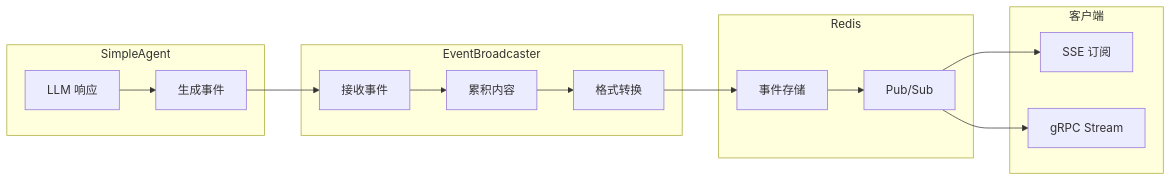
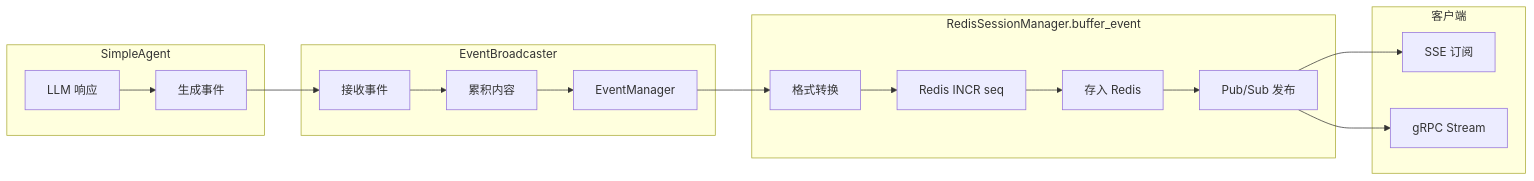
Before and after one commit to malue-ai/dazee-small: the fourth of 5 diagrams in docs/architecture/SYSTEM_ARCHITECTURE.md, drawn with Mermaid. The commit also changed other lines of this file and 30 other files, not shown here.

````diff
--- a/docs/architecture/SYSTEM_ARCHITECTURE.md
+++ b/docs/architecture/SYSTEM_ARCHITECTURE.md
@@ -487,25 +487,27 @@
 ```mermaid
 flowchart LR
     subgraph agent [SimpleAgent]
         A1[LLM 响应] --> A2[生成事件]
     end
 
     subgraph broadcaster [EventBroadcaster]
         B1[接收事件] --> B2[累积内容]
-        B2 --> B3[格式转换]
+        B2 --> B3[EventManager]
     end
 
-    subgraph redis [Redis]
-        R1[事件存储] --> R2[Pub/Sub]
+    subgraph storage [RedisSessionManager.buffer_event]
+        S1[格式转换] --> S2[Redis INCR seq]
+        S2 --> S3[存入 Redis]
+        S3 --> S4[Pub/Sub 发布]
     end
 
     subgraph client [客户端]
         C1[SSE 订阅]
         C2[gRPC Stream]
     end
 
     A2 --> B1
-    B3 --> R1
-    R2 --> C1
-    R2 --> C2
+    B3 --> S1
+    S4 --> C1
+    S4 --> C2
 ```
````
